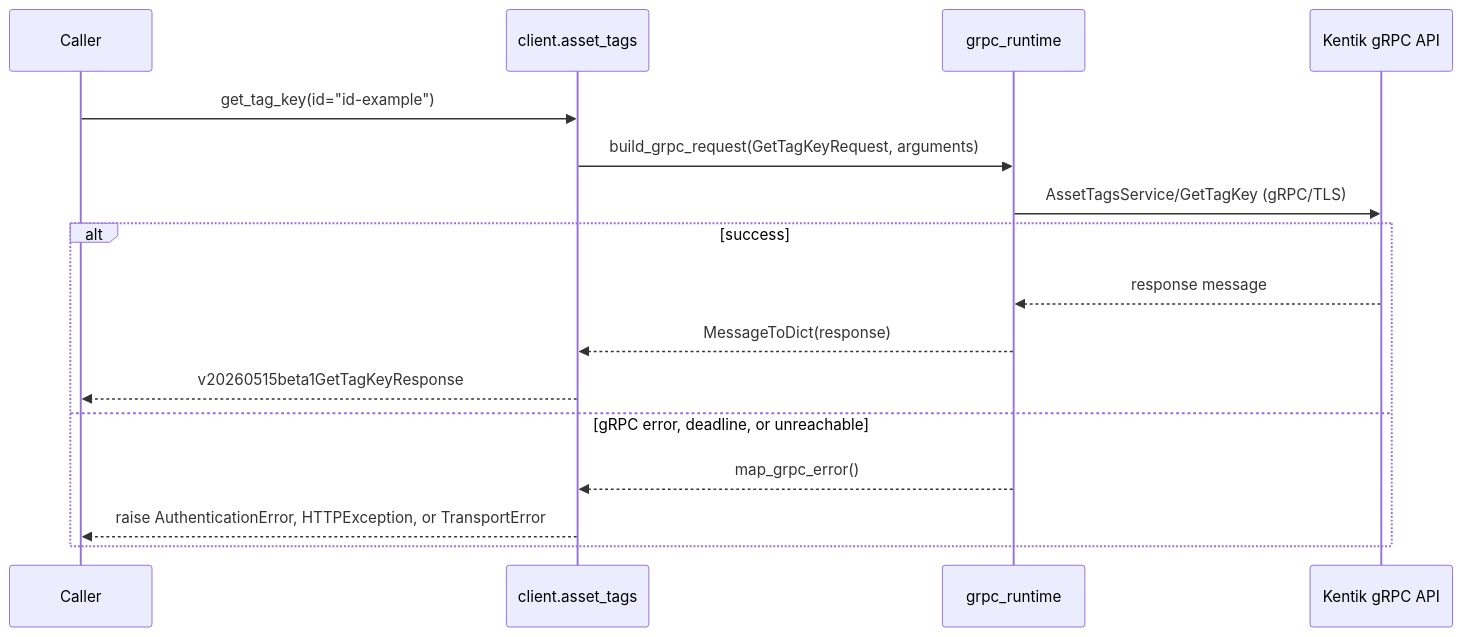
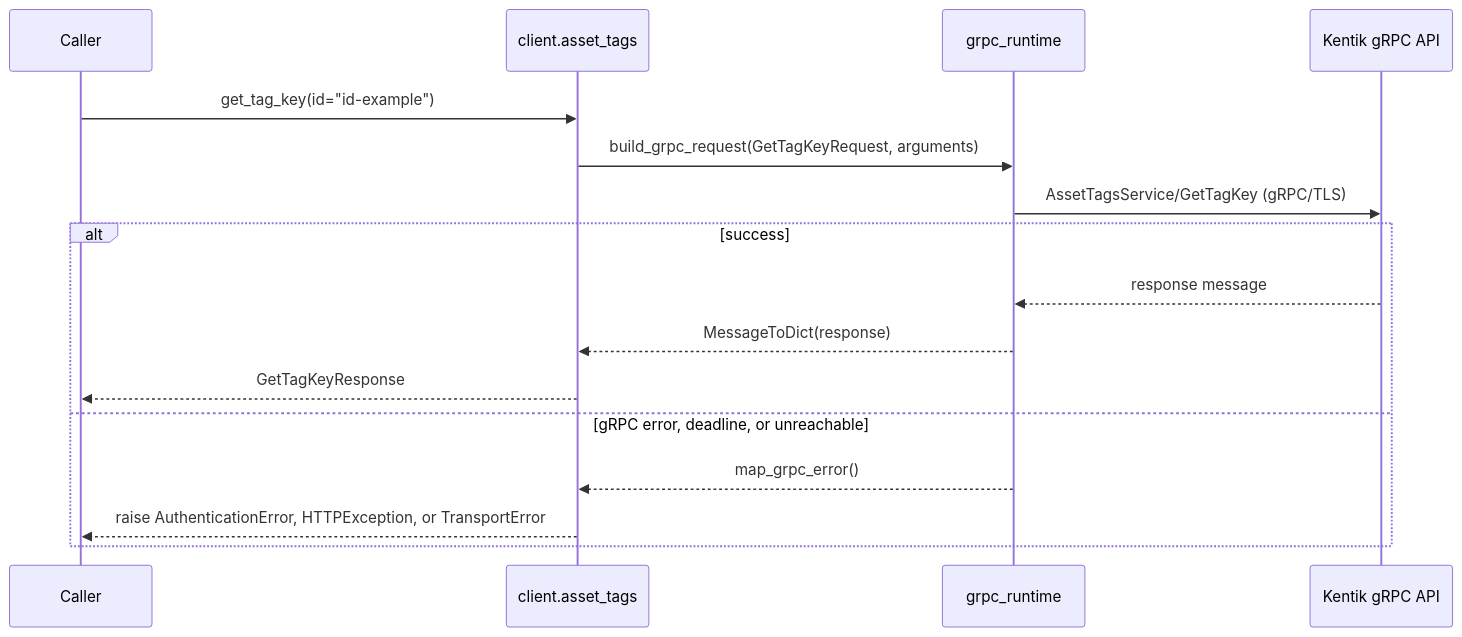
The ninth of 20 diagrams in docs/sphinx/services/asset_tags.md (alexdearaujo/community_sdk_python), drawn with Mermaid before and after one commit. The commit also changed other lines of this file and 38 other files, not shown here.

````diff
--- a/docs/sphinx/services/asset_tags.md
+++ b/docs/sphinx/services/asset_tags.md
@@ -281,19 +281,19 @@
 ```mermaid
 sequenceDiagram
     participant C as Caller
     participant W as client.asset_tags
     participant R as grpc_runtime
     participant API as Kentik gRPC API
 
     C->>W: get_tag_key(id="id-example")
     W->>R: build_grpc_request(GetTagKeyRequest, arguments)
     R->>API: AssetTagsService/GetTagKey (gRPC/TLS)
     alt success
         API-->>R: response message
         R-->>W: MessageToDict(response)
-        W-->>C: v20260515beta1GetTagKeyResponse
+        W-->>C: GetTagKeyResponse
     else gRPC error, deadline, or unreachable
         R-->>W: map_grpc_error()
         W-->>C: raise AuthenticationError, HTTPException, or TransportError
     end
 ```
````
